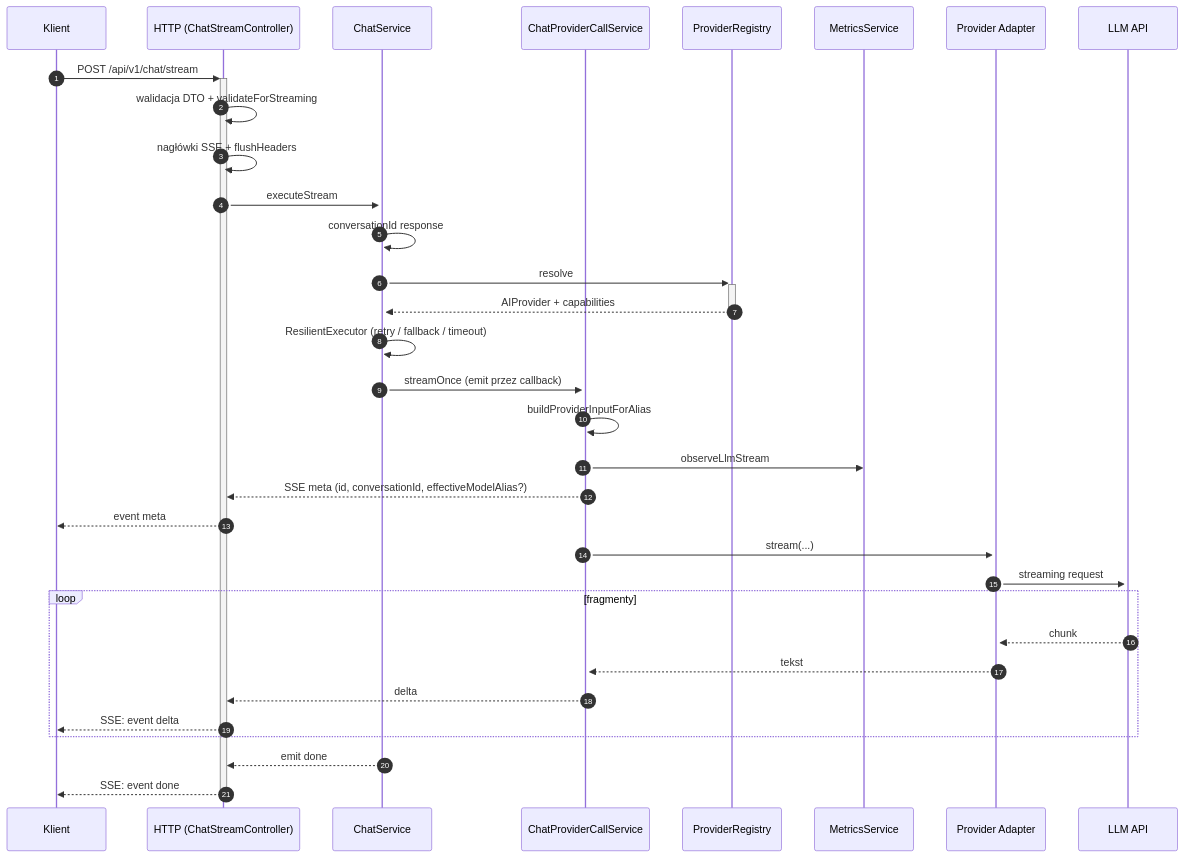
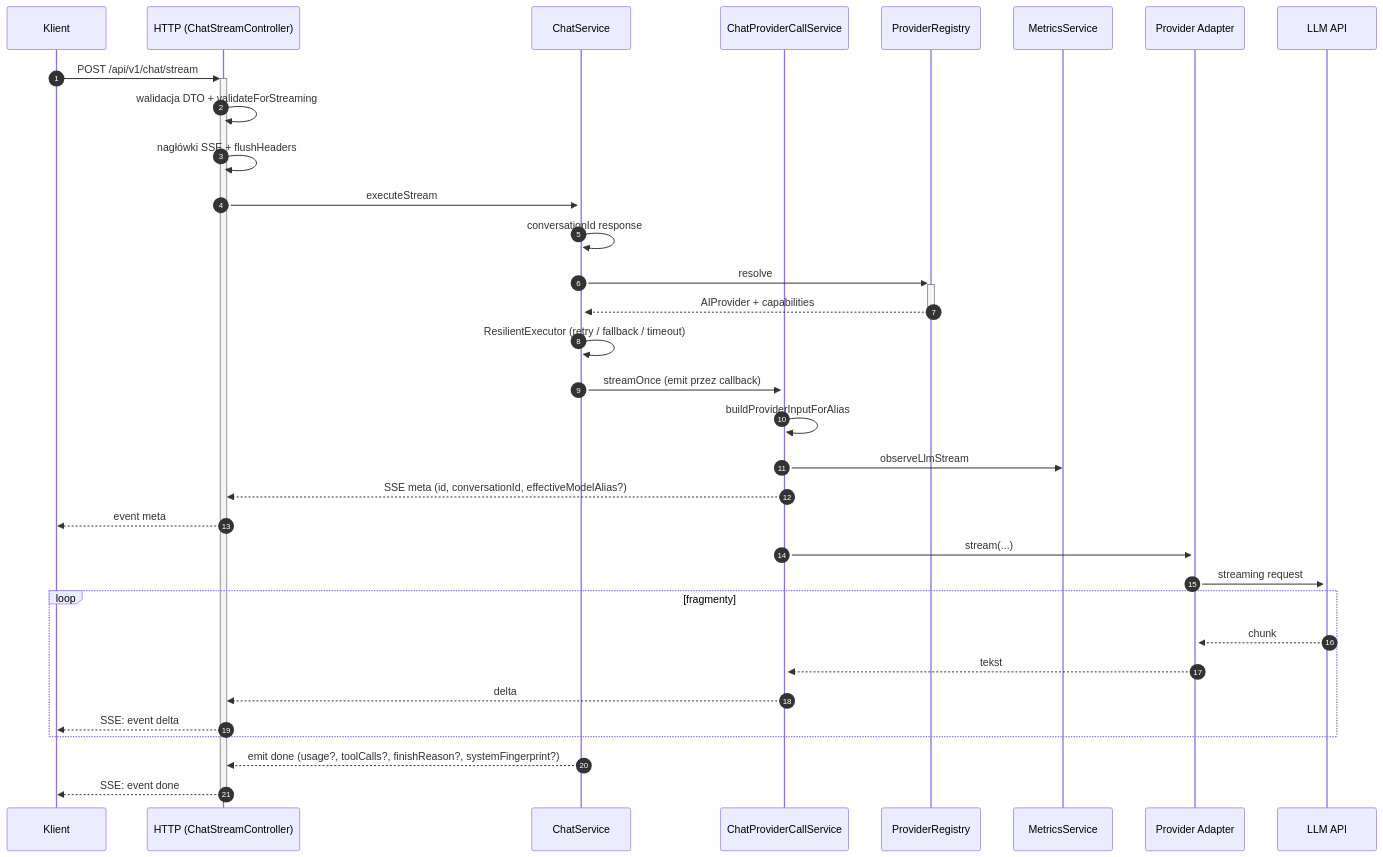
One commit to matej2314/ai-provider-gateway changed the fourth of 6 diagrams in docs/data_flow.md. Above: the diagram before and after it, drawn with Mermaid. The commit also changed other lines of this file and 14 other files, not shown here.

````diff
--- a/docs/data_flow.md
+++ b/docs/data_flow.md
@@ -127,36 +127,36 @@
 ```mermaid
 sequenceDiagram
   autonumber
   participant K as Klient
   participant H as HTTP (ChatStreamController)
   participant S as ChatService
   participant PC as ChatProviderCallService
   participant R as ProviderRegistry
   participant M as MetricsService
   participant P as Provider Adapter
   participant A as LLM API
 
   K->>+H: POST /api/v1/chat/stream
   H->>H: walidacja DTO + validateForStreaming
   H->>H: nagłówki SSE + flushHeaders
   H->>+S: executeStream
   S->>S: conversationId response
   S->>+R: resolve
   R-->>-S: AIProvider + capabilities
   S->>S: ResilientExecutor (retry / fallback / timeout)
   S->>+PC: streamOnce (emit przez callback)
   PC->>PC: buildProviderInputForAlias
   PC->>M: observeLlmStream
   PC-->>H: SSE meta (id, conversationId, effectiveModelAlias?)
   H-->>K: event meta
   PC->>+P: stream(...)
   P->>+A: streaming request
   loop fragmenty
     A-->>P: chunk
     P-->>PC: tekst
     PC-->>H: delta
     H-->>K: SSE: event delta
   end
-  S-->>H: emit done
+  S-->>H: emit done (usage?, toolCalls?, finishReason?, systemFingerprint?)
   H-->>-K: SSE: event done
 ```
````
